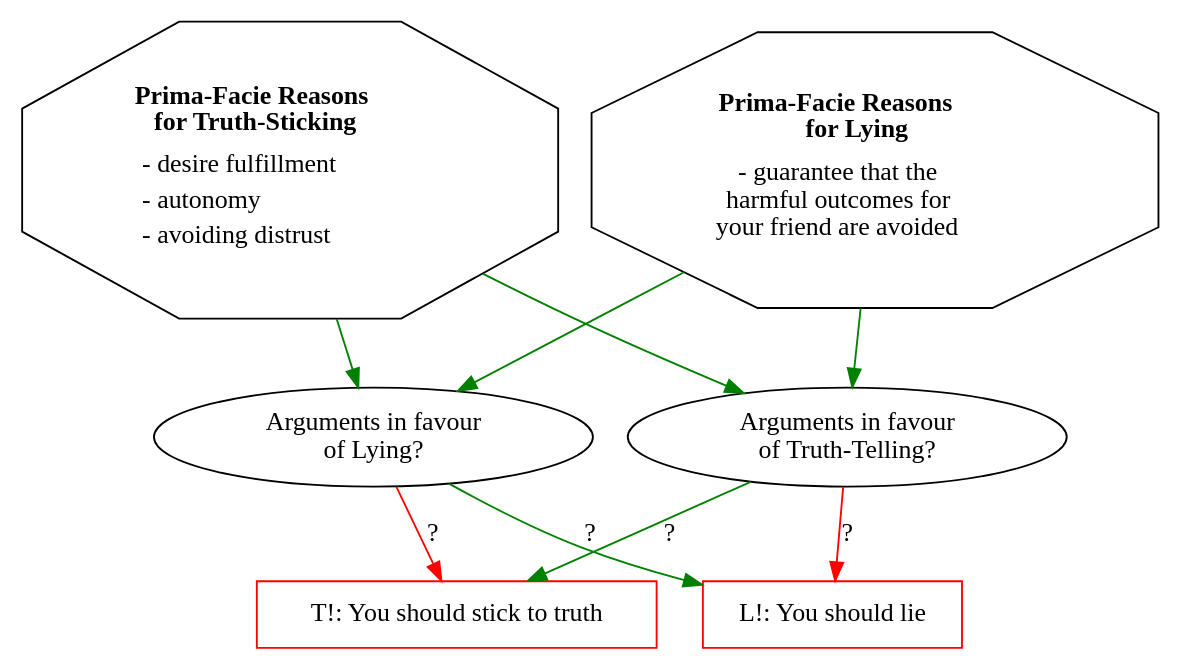
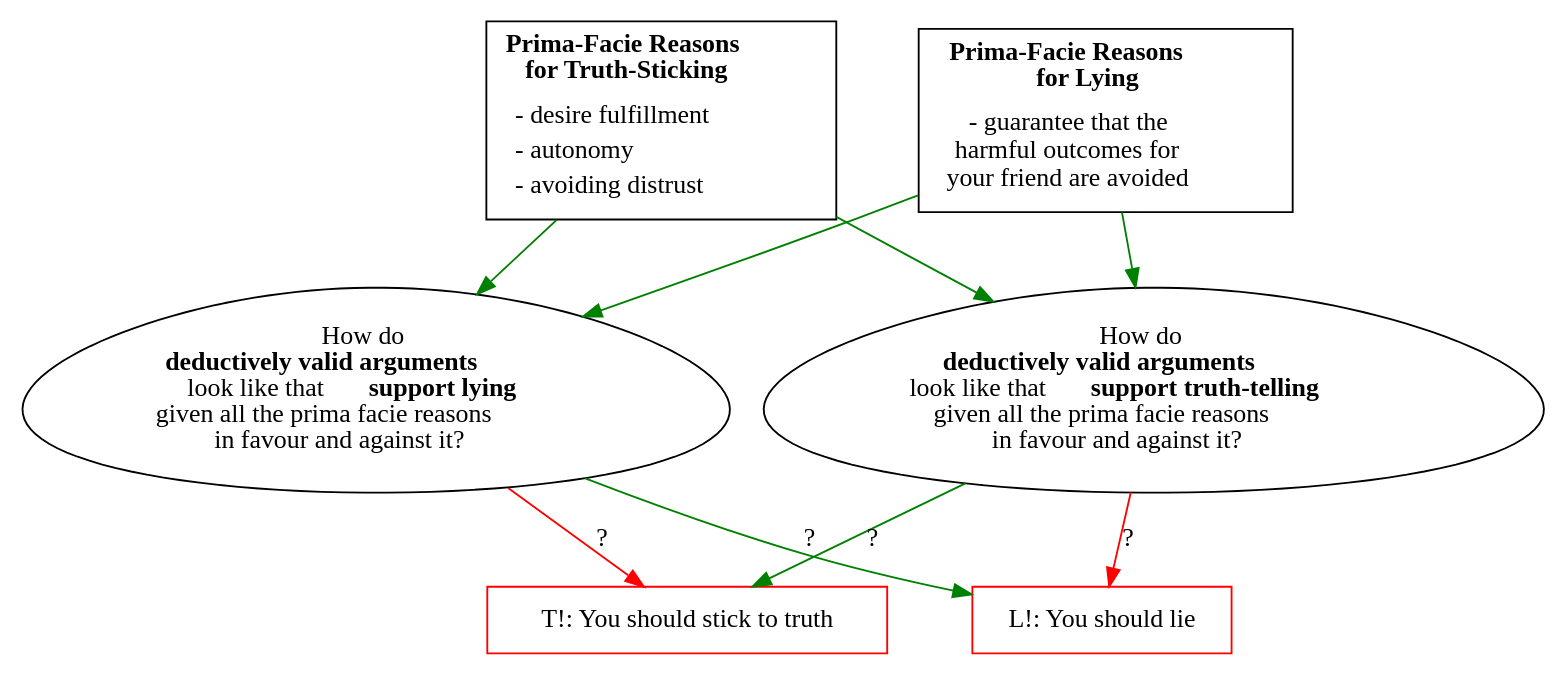
One commit to JenkaUbuntu/twon-website-mockup.github.io changed the diagram in Graphics/Truth-Lying-Decision-Problem.dot. Above: the diagram before and after it, drawn with Graphviz. The commit also changed 11 other files, not shown here.

```diff
--- a/Graphics/Truth-Lying-Decision-Problem.dot
+++ b/Graphics/Truth-Lying-Decision-Problem.dot
@@ -1,55 +1,66 @@
 digraph G {
   /*splines="FALSE"; */
 
   /* Entities */
  PFRT [
-    shape=octagon
+    shape=box
     label=<
-
       <table border='0' cellborder='0' cellspacing='0'>
         <tr><td><b>Prima-Facie Reasons <br/> for Truth-Sticking</b></td></tr>
-        <tr><td cellpadding='4'>
+        <tr><td cellpadding='5'>
           <table border="0" cellborder='0' cellspacing='0'>
             <tr><td align="left">- desire fulfillment  </td></tr>
             <tr><td align="left">- autonomy </td></tr>
             <tr><td align="left">- avoiding distrust</td></tr>
           </table>
         </td>
         </tr>
       </table>
     >];
 
  PFRL [
-    shape=octagon
+    shape=box
     label=<
-
       <table border='0' cellborder='0' cellspacing='0'>
         <tr><td><b>Prima-Facie Reasons <br/> for Lying</b></td></tr>
-        <tr><td cellpadding='4'>
+        <tr><td cellpadding='5'>
           <table border="0" cellborder='0' cellspacing='0'>
-            <tr><td align="left">- guarantee that the <br/>  harmful outcomes for <br/> your friend are avoided</td></tr>
+            <tr><td align="left">- guarantee that the <br/> harmful outcomes for <br/> your friend are avoided</td></tr>
           </table>
         </td>
         </tr>
       </table>
     >];
 
-  LA [label="Arguments in favour \nof Lying?", shape="ellipse"]
-  TA [label="Arguments in favour \nof Truth-Telling?", shape=ellipse]
+  LA [
+    shape=egg
+    label=<
+      <table border='0' cellborder='0' cellspacing='0'>
+      <tr><td cellpadding='0'>How do <br/><b>deductively valid arguments</b> <br/>look like that <b>support lying</b><br/>given all the prima facie reasons <br/>in favour and against it?</td></tr>
+      </table>
+      >]
+
+   TA [
+    shape=egg
+    label=<
+      <table border='0' cellborder='0' cellspacing='0'>
+      <tr><td cellpadding="0">How do <br/><b>deductively valid arguments</b> <br/>look like that <b>support truth-telling</b><br/>given all the prima facie reasons <br/>in favour and against it?</td></tr>
+      </table>
+      >]
   /*A3 [label="Debunking Arguments", shape=ellipse] */
 
   T1 [label="T!: You should stick to truth", shape=box, color=red]
   T2 [label="L!: You should lie", shape=box, color=red]
   
   /* Relationships */
   PFRT -> {LA; TA} [color=green]
   PFRL -> {LA; TA} [color=green]
 
   LA -> T1[label="?", color=red]
   LA -> T2[label="?", color=green]
   TA -> T1[label="?", color=green]
   TA -> T2[label="?", color=red]
 
   /* Ranks */
   /* { rank=|same,min,max,# max is bottom|; shortName; }; */
 }
```
